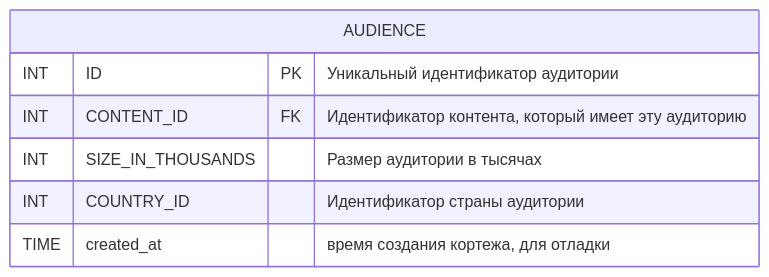
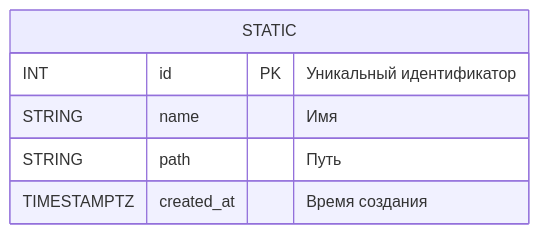
Before and after one commit to go-park-mail-ru/2024_1_Cyberkotletki: the first of 15 diagrams in db/normalized/relations.md, drawn with Mermaid. The commit also changed other lines of this file and 3 other files, not shown here.

````diff
--- a/db/normalized/relations.md
+++ b/db/normalized/relations.md
@@ -20,10 +17,9 @@
 ```mermaid
 erDiagram
-    AUDIENCE {
-        INT ID PK "Уникальный идентификатор аудитории"
-        INT CONTENT_ID FK "Идентификатор контента, который имеет эту аудиторию"
-        INT SIZE_IN_THOUSANDS "Размер аудитории в тысячах"
-        INT COUNTRY_ID "Идентификатор страны аудитории"
-        TIME created_at "время создания кортежа, для отладки"
+    STATIC {
+        INT id PK "Уникальный идентификатор"
+        STRING name "Имя"
+        STRING path "Путь"
+        TIMESTAMPTZ created_at "Время создания"
     }
 ```
````
